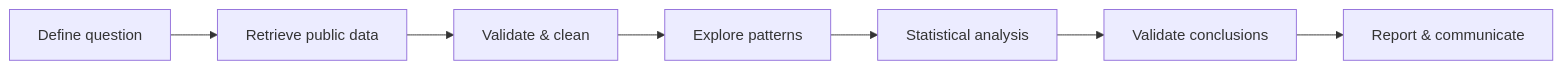
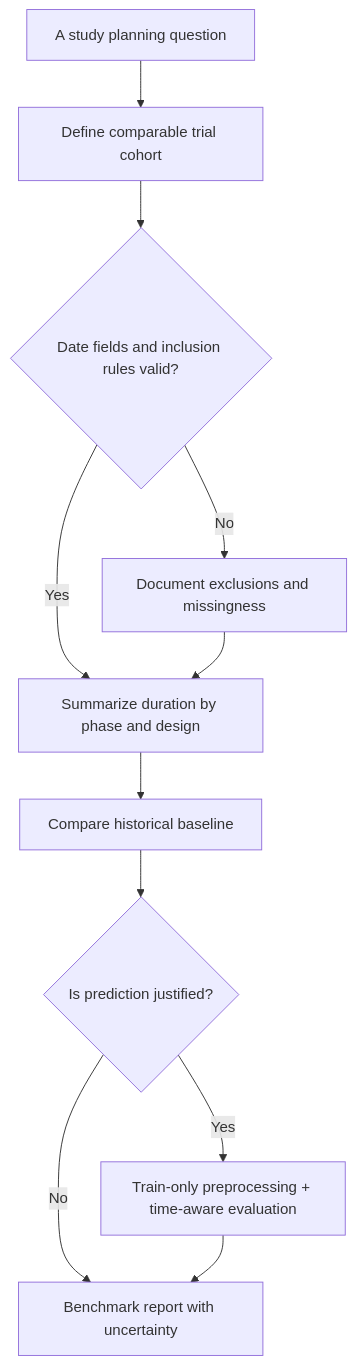
The diagram in README.md (mbilal-OU/TrialScope), drawn with Mermaid before and after one commit. The commit also changed other lines of this file, not shown here.

Commit message:
docs: redesign distinct industry case-study README and evidence-first navigation

````diff
--- a/README.md
+++ b/README.md
@@ -46,9 +30,13 @@
 ```mermaid
-flowchart LR
-  A["Define question"] --> B["Retrieve public data"]
-  B --> C["Validate & clean"]
-  C --> D["Explore patterns"]
-  D --> E["Statistical analysis"]
-  E --> F["Validate conclusions"]
-  F --> G["Report & communicate"]
+flowchart TD
+  A["A study planning question"] --> B["Define comparable trial cohort"]
+  B --> C{"Date fields and inclusion rules valid?"}
+  C -- "No" --> D["Document exclusions and missingness"]
+  C -- "Yes" --> E["Summarize duration by phase and design"]
+  D --> E
+  E --> F["Compare historical baseline"]
+  F --> G{"Is prediction justified?"}
+  G -- "No" --> H["Benchmark report with uncertainty"]
+  G -- "Yes" --> I["Train-only preprocessing + time-aware evaluation"]
+  I --> H
 ```
````
